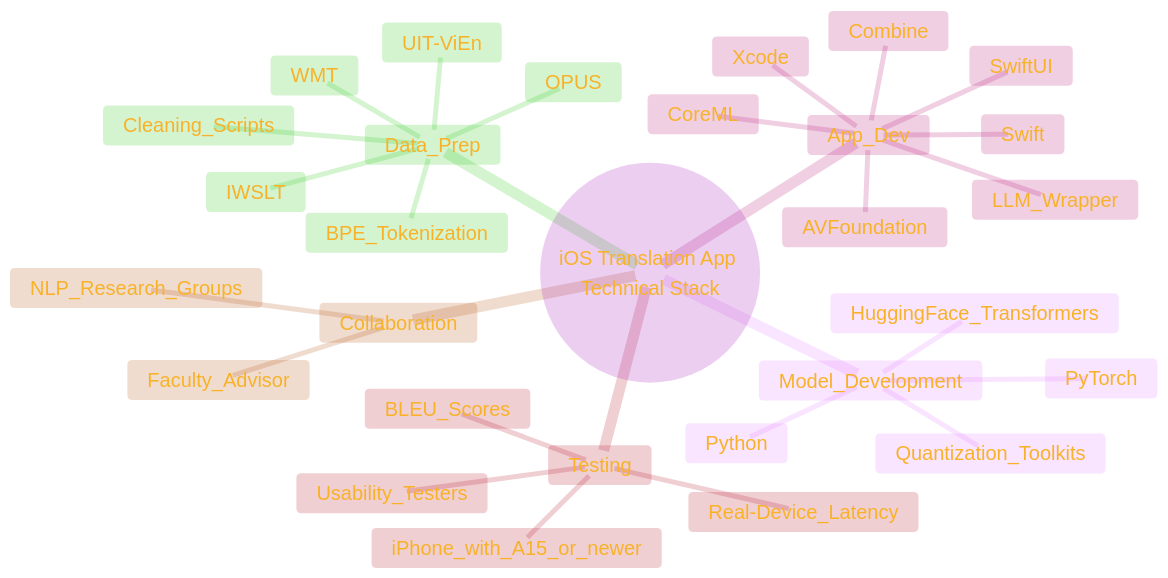
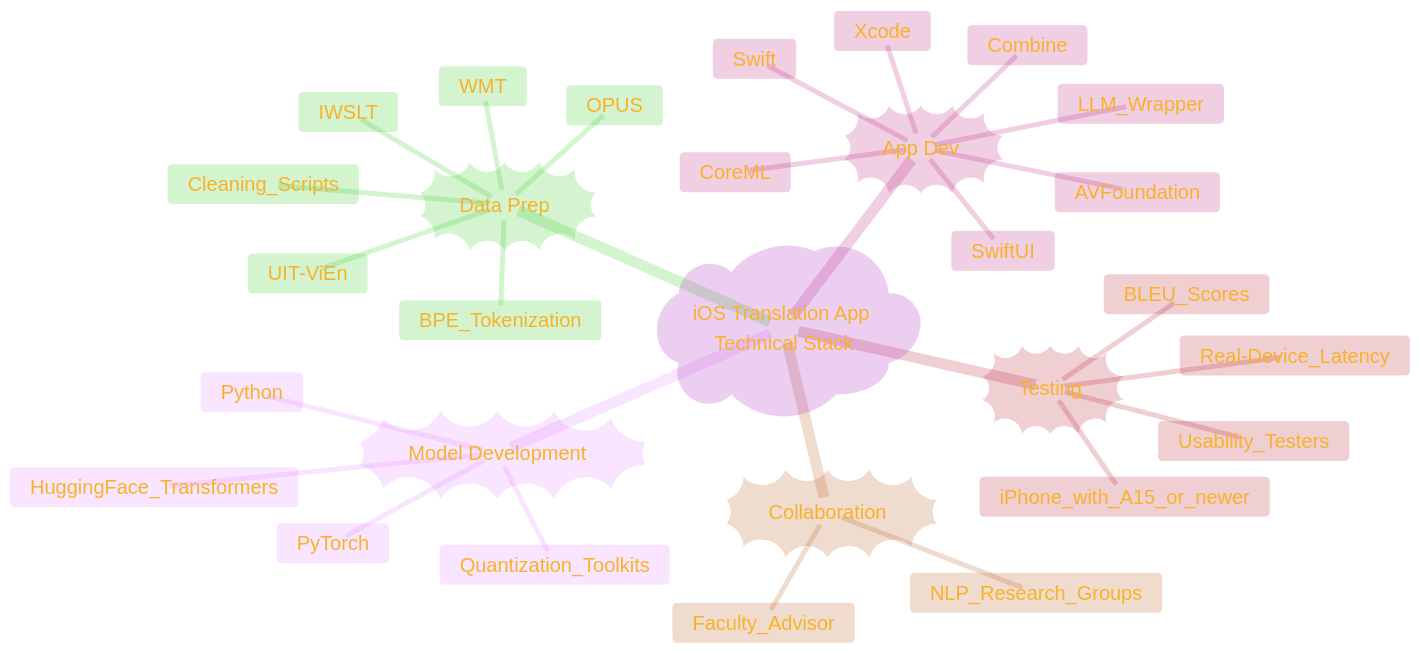
The sixth of 11 diagrams in DOCUMENTATION/Visual_Representation_of_Project_Concepts_Draft_2.md (CongLeSolutionX/On_device_real_time_AI_assistant), drawn with Mermaid before and after one commit.

````diff
--- a/DOCUMENTATION/Visual_Representation_of_Project_Concepts_Draft_2.md
+++ b/DOCUMENTATION/Visual_Representation_of_Project_Concepts_Draft_2.md
@@ -272,58 +272,58 @@
 ```mermaid
 ---
 title: "Technical Stack and Resource Map"
 author: "Cong Le"
 version: "1.0"
 license(s): "MIT, CC BY 4.0"
 copyright: "Copyright (c) 2025 Cong Le. All Rights Reserved."
 config:
   theme: base
 ---
 %%%%%%%% Mermaid version v11.4.1-b.14
 %%%%%%%% Available curve styles include the following keywords:
 %% basis, bumpX, bumpY, cardinal, catmullRom, linear, monotoneX, monotoneY, natural, step, stepAfter, stepBefore.
 %%{
   init: {
     'fontFamily': 'Monaco',
     'themeVariables': {
       'primaryColor': '#D5E3',
       'primaryTextColor': '#F8B229',
       'primaryBorderColor': '#27AE60',
       'secondaryColor': '#EBF2',
       'secondaryTextColor': '#6C3483',
       'secondaryBorderColor': '#A569BD',
       'fontSize': '20px'
     }
   }
 }%%
 mindmap
-  root((iOS Translation App Technical Stack))
-    Model_Development
+  root)"iOS Translation App Technical Stack"(
+    Model_Development))"Model Development"((
       Python
       PyTorch
       HuggingFace_Transformers
       Quantization_Toolkits
-    Data_Prep
+    Data_Prep))"Data Prep"((
       WMT
       OPUS
       IWSLT
       UIT-ViEn
       BPE_Tokenization
       Cleaning_Scripts
-    App_Dev
+    App_Dev))"App Dev"((
       Xcode
       Swift
       SwiftUI
       AVFoundation
       CoreML
       Combine
       LLM_Wrapper
-    Testing
+    Testing))"Testing"((
       iPhone_with_A15_or_newer
       Usability_Testers
       BLEU_Scores
       Real-Device_Latency
-    Collaboration
+    Collaboration))"Collaboration"((
       Faculty_Advisor
       NLP_Research_Groups
 ```
````
